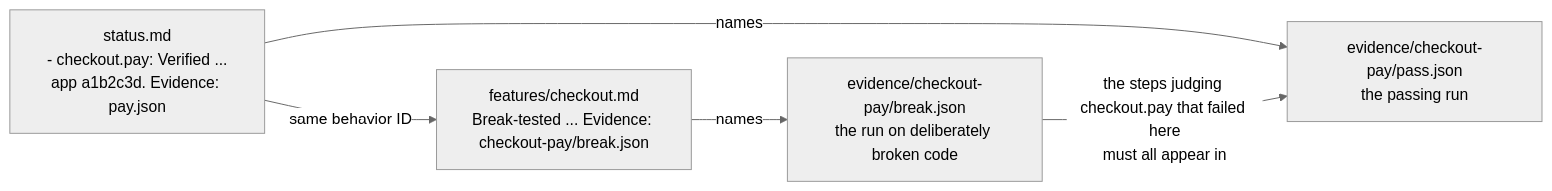
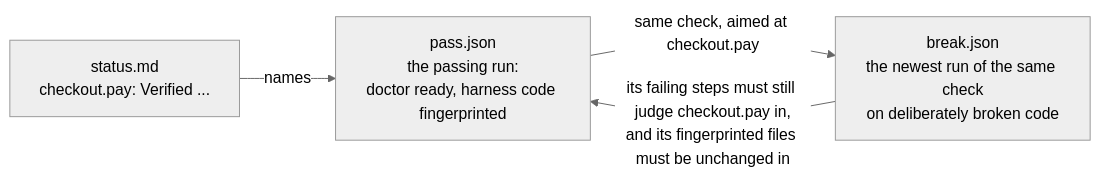
Before and after one commit to kennymatsudo/verification-framework: the first of 2 diagrams in docs/internals.md, drawn with Mermaid (neutral theme). The commit also changed other lines of this file and 151 other files, not shown here.

````diff
--- a/docs/internals.md
+++ b/docs/internals.md
@@ -34,11 +42,9 @@
 ```mermaid
 flowchart LR
-  line["status.md<br/>- checkout.pay: Verified ...<br/>app a1b2c3d. Evidence: pay.json"]
-  run["evidence/checkout-pay/pass.json<br/>the passing run"]
-  proof["features/checkout.md<br/>Break-tested ... Evidence: checkout-pay/break.json"]
-  brk["evidence/checkout-pay/break.json<br/>the run on deliberately broken code"]
+  line["status.md<br/>checkout.pay: Verified ..."]
+  run["pass.json<br/>the passing run:<br/>doctor ready, harness code fingerprinted"]
+  brk["break.json<br/>the newest run of the same check<br/>on deliberately broken code"]
   line -->|names| run
-  line -->|same behavior ID| proof
-  proof -->|names| brk
-  brk -->|the steps judging checkout.pay that failed here<br/>must all appear in| run
+  run -->|same check, aimed at checkout.pay| brk
+  brk -->|its failing steps must still judge checkout.pay in,<br/>and its fingerprinted files must be unchanged in| run
 ```
````
